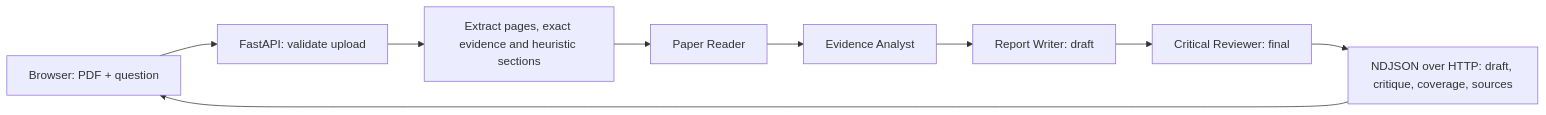
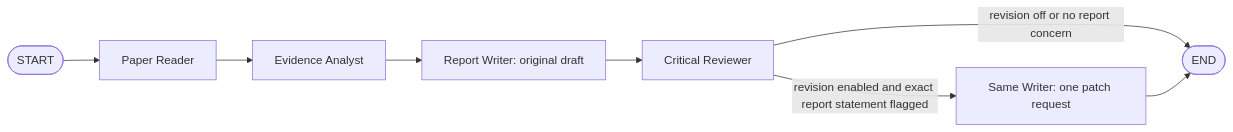
Before and after one commit to jeeth-kataria/researchagent: the diagram in README.md, drawn with Mermaid. The commit also changed other lines of this file and 11 other files, not shown here.

````diff
--- a/README.md
+++ b/README.md
@@ -36,8 +30,10 @@
 ```mermaid
 flowchart LR
-    UI[Browser: PDF + question] --> API[FastAPI: validate upload]
-    API --> P[Extract pages, exact evidence and heuristic sections]
-    P --> R[Paper Reader] --> A[Evidence Analyst]
-    A --> W[Report Writer: draft] --> C[Critical Reviewer: final]
-    C --> N[NDJSON over HTTP: draft, critique, coverage, sources] --> UI
+    S([START]) --> R[Paper Reader]
+    R --> A[Evidence Analyst]
+    A --> W[Report Writer: original draft]
+    W --> C[Critical Reviewer]
+    C -->|revision off or no report concern| E([END])
+    C -->|revision enabled and exact report statement flagged| P[Same Writer: one patch request]
+    P --> E
 ```
````
